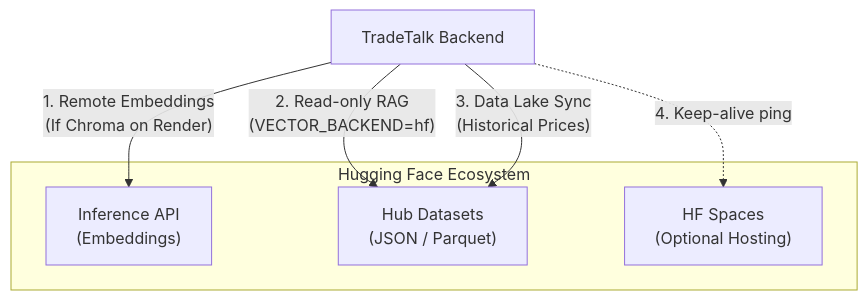
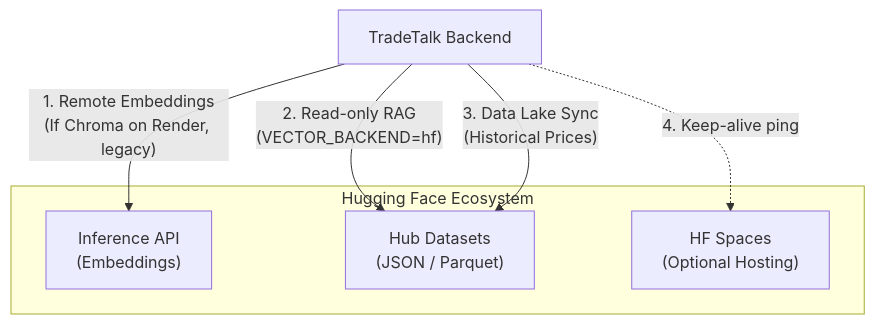
Before and after one commit to manojsilwal/tradetalkapp: the fourth of 8 diagrams in docs/SYSTEM_DIAGRAMS.md, drawn with Mermaid. The commit also changed other lines of this file and 3 other files, not shown here.

````diff
--- a/docs/SYSTEM_DIAGRAMS.md
+++ b/docs/SYSTEM_DIAGRAMS.md
@@ -145,15 +160,15 @@
 ```mermaid
 flowchart TD
     Backend["TradeTalk Backend"]
 
     subgraph HuggingFace ["Hugging Face Ecosystem"]
         Inference["Inference API\n(Embeddings)"]
         Datasets["Hub Datasets\n(JSON / Parquet)"]
         Spaces["HF Spaces\n(Optional Hosting)"]
     end
 
-    Backend -->|"1. Remote Embeddings\n(If Chroma on Render)"| Inference
+    Backend -->|"1. Remote Embeddings\n(If Chroma on Render, legacy)"| Inference
     Backend -->|"2. Read-only RAG\n(VECTOR_BACKEND=hf)"| Datasets
     Backend -->|"3. Data Lake Sync\n(Historical Prices)"| Datasets
     Backend -.->|4. Keep-alive ping| Spaces
 ```
````
